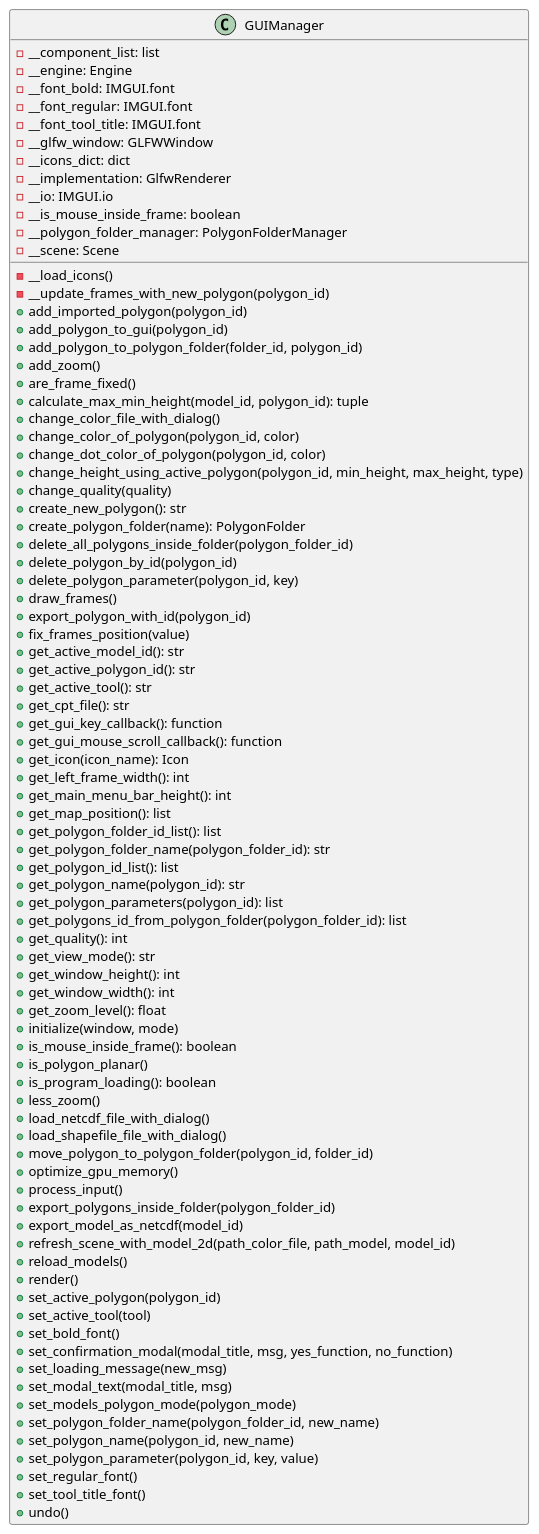
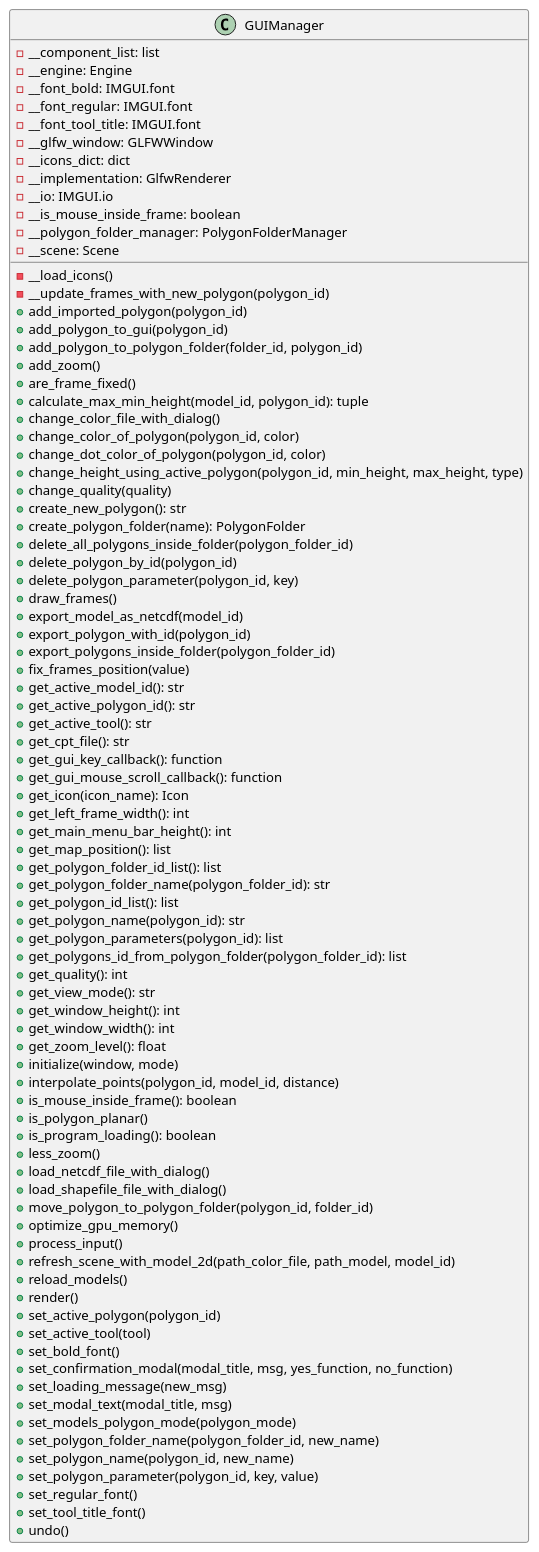
One commit to ferpoble2/Relief_Creator changed the diagram in docs/classes/GUIManager.puml. Above: the diagram before and after it, drawn with PlantUML. The commit also changed 8 other files, not shown here.

```diff
--- a/docs/classes/GUIManager.puml
+++ b/docs/classes/GUIManager.puml
@@ -1,88 +1,89 @@
 @startuml
 'https://plantuml.com/class-diagram
 class GUIManager{
     - __component_list: list
     - __engine: Engine
     - __font_bold: IMGUI.font
     - __font_regular: IMGUI.font
     - __font_tool_title: IMGUI.font
     - __glfw_window: GLFWWindow
     - __icons_dict: dict
     - __implementation: GlfwRenderer
     - __io: IMGUI.io
     - __is_mouse_inside_frame: boolean
     - __polygon_folder_manager: PolygonFolderManager
     - __scene: Scene
 
     - __load_icons()
     - __update_frames_with_new_polygon(polygon_id)
     + add_imported_polygon(polygon_id)
     + add_polygon_to_gui(polygon_id)
     + add_polygon_to_polygon_folder(folder_id, polygon_id)
     + add_zoom()
     + are_frame_fixed()
     + calculate_max_min_height(model_id, polygon_id): tuple
     + change_color_file_with_dialog()
     + change_color_of_polygon(polygon_id, color)
     + change_dot_color_of_polygon(polygon_id, color)
     + change_height_using_active_polygon(polygon_id, min_height, max_height, type)
     + change_quality(quality)
     + create_new_polygon(): str
     + create_polygon_folder(name): PolygonFolder
     + delete_all_polygons_inside_folder(polygon_folder_id)
     + delete_polygon_by_id(polygon_id)
     + delete_polygon_parameter(polygon_id, key)
     + draw_frames()
+    + export_model_as_netcdf(model_id)
     + export_polygon_with_id(polygon_id)
+    + export_polygons_inside_folder(polygon_folder_id)
     + fix_frames_position(value)
     + get_active_model_id(): str
     + get_active_polygon_id(): str
     + get_active_tool(): str
     + get_cpt_file(): str
     + get_gui_key_callback(): function
     + get_gui_mouse_scroll_callback(): function
     + get_icon(icon_name): Icon
     + get_left_frame_width(): int
     + get_main_menu_bar_height(): int
     + get_map_position(): list
     + get_polygon_folder_id_list(): list
     + get_polygon_folder_name(polygon_folder_id): str
     + get_polygon_id_list(): list
     + get_polygon_name(polygon_id): str
     + get_polygon_parameters(polygon_id): list
     + get_polygons_id_from_polygon_folder(polygon_folder_id): list
     + get_quality(): int
     + get_view_mode(): str
     + get_window_height(): int
     + get_window_width(): int
     + get_zoom_level(): float
     + initialize(window, mode)
+    + interpolate_points(polygon_id, model_id, distance)
     + is_mouse_inside_frame(): boolean
     + is_polygon_planar()
     + is_program_loading(): boolean
     + less_zoom()
     + load_netcdf_file_with_dialog()
     + load_shapefile_file_with_dialog()
     + move_polygon_to_polygon_folder(polygon_id, folder_id)
     + optimize_gpu_memory()
     + process_input()
-    + export_polygons_inside_folder(polygon_folder_id)
-    + export_model_as_netcdf(model_id)
     + refresh_scene_with_model_2d(path_color_file, path_model, model_id)
     + reload_models()
     + render()
     + set_active_polygon(polygon_id)
     + set_active_tool(tool)
     + set_bold_font()
     + set_confirmation_modal(modal_title, msg, yes_function, no_function)
     + set_loading_message(new_msg)
     + set_modal_text(modal_title, msg)
     + set_models_polygon_mode(polygon_mode)
     + set_polygon_folder_name(polygon_folder_id, new_name)
     + set_polygon_name(polygon_id, new_name)
     + set_polygon_parameter(polygon_id, key, value)
     + set_regular_font()
     + set_tool_title_font()
     + undo()
 }
 @enduml
```
